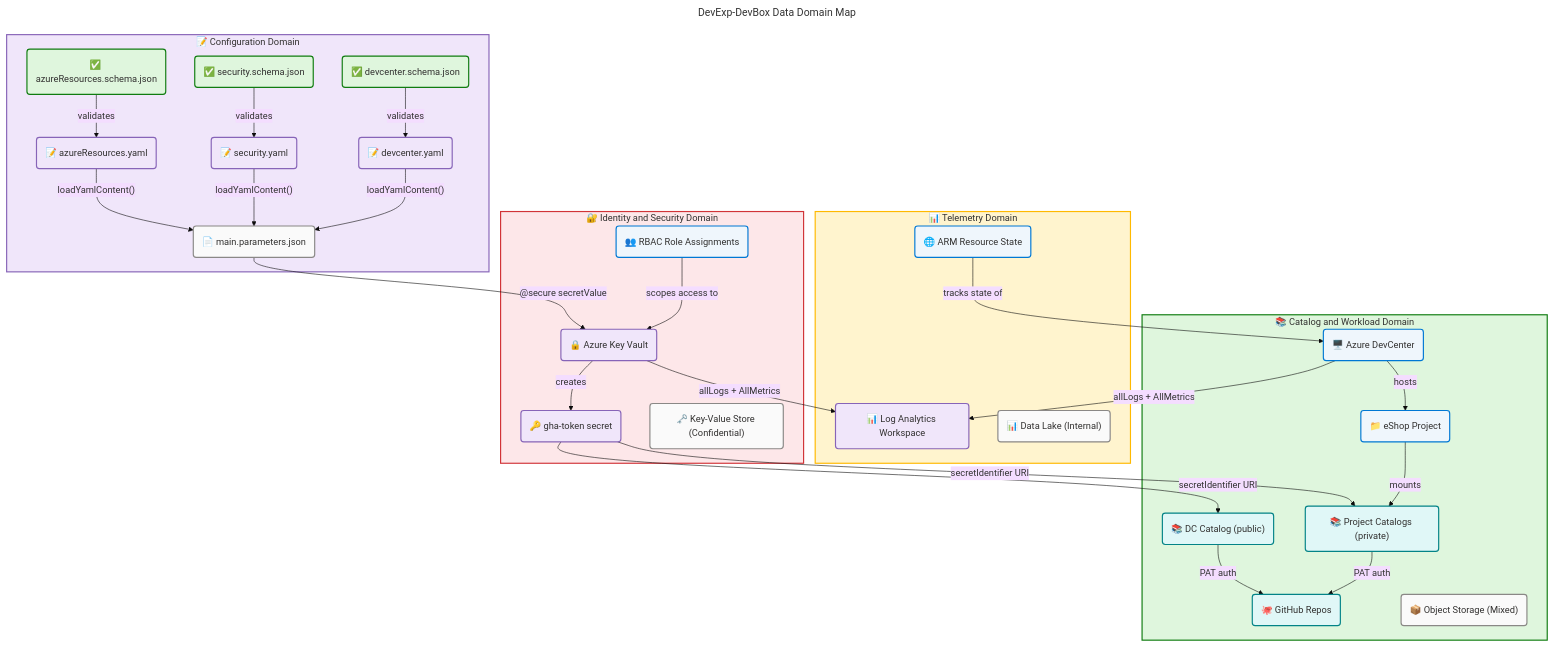
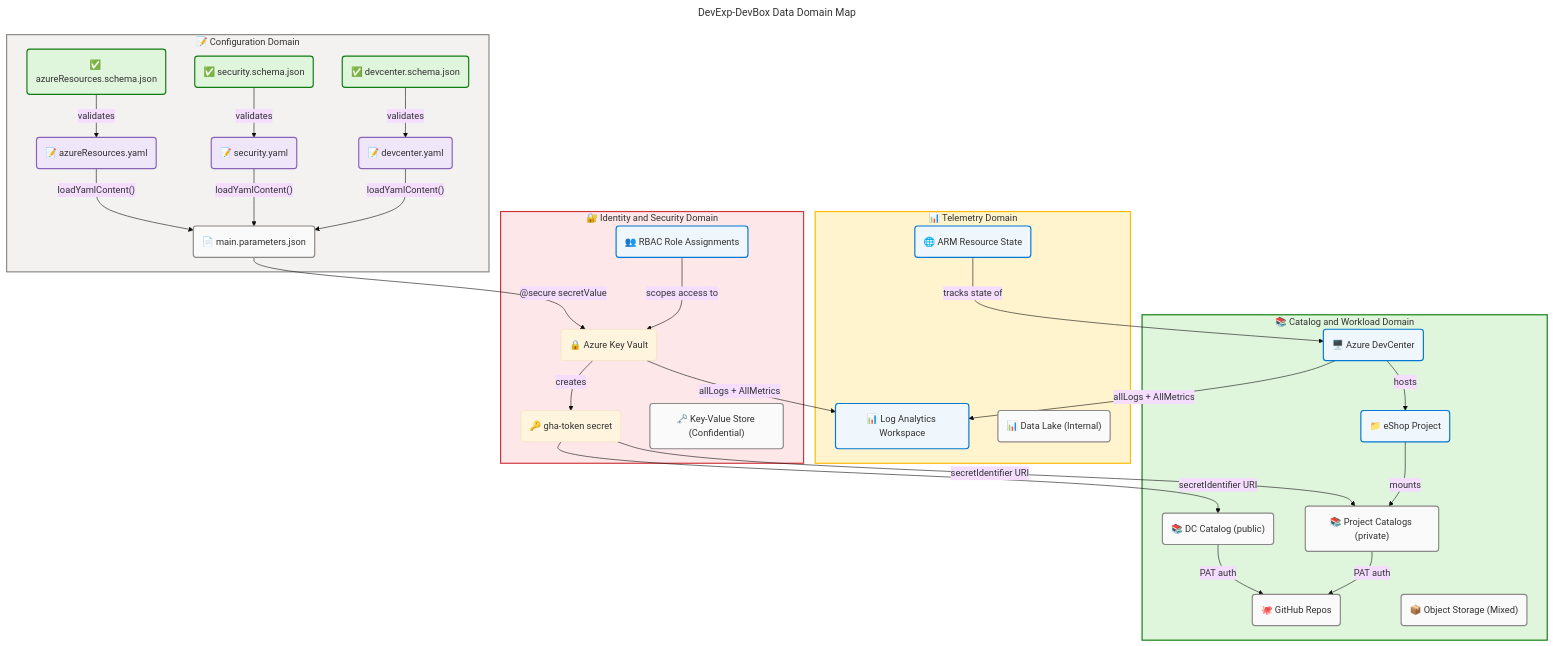
The first of 5 diagrams in docs/architecture/data-architecture.md (Evilazaro/DevExp-DevBox), drawn with Mermaid before and after one commit. The commit also changed 1 other file, not shown here.

Commit message:
refactor: Update Mermaid diagram styles for improved visual consistency in data architecture documentation

```diff
--- a/docs/architecture/data-architecture.md
+++ b/docs/architecture/data-architecture.md
@@ -270,14 +270,14 @@
     end
 
     subgraph securityDomain["🔐 Identity and Security Domain"]
-        kv("🔒 Azure Key Vault"):::data
-        secret("🔑 gha-token secret"):::data
+        kv("🔒 Azure Key Vault"):::warning
+        secret("🔑 gha-token secret"):::warning
         rbac("👥 RBAC Role Assignments"):::core
         kvTier("🗝️ Key-Value Store (Confidential)"):::neutral
     end
 
     subgraph telemetryDomain["📊 Telemetry Domain"]
-        law("📊 Log Analytics Workspace"):::data
+        law("📊 Log Analytics Workspace"):::core
         armState("🌐 ARM Resource State"):::core
         lakeTier("📊 Data Lake (Internal)"):::neutral
     end
@@ -285,9 +285,9 @@
     subgraph catalogDomain["📚 Catalog and Workload Domain"]
         dc("🖥️ Azure DevCenter"):::core
         proj("📁 eShop Project"):::core
-        dcCat("📚 DC Catalog (public)"):::external
-        projCat("📚 Project Catalogs (private)"):::external
-        gitHub("🐙 GitHub Repos"):::external
+        dcCat("📚 DC Catalog (public)"):::neutral
+        projCat("📚 Project Catalogs (private)"):::neutral
+        gitHub("🐙 GitHub Repos"):::neutral
         gitTier("📦 Object Storage (Mixed)"):::neutral
     end
 
@@ -317,8 +317,7 @@
     classDef external fill:#E0F7F7,stroke:#038387,stroke-width:2px,color:#323130
     classDef neutral fill:#FAFAFA,stroke:#8A8886,stroke-width:2px,color:#323130
 
-    %% Subgraph style directives (MRM-C001: functional siblings use distinct semantic colors)
-    style configDomain fill:#F0E6FA,stroke:#8764B8,stroke-width:2px,color:#323130
+    style configDomain fill:#F3F2F1,stroke:#8A8886,stroke-width:2px,color:#323130
     style securityDomain fill:#FDE7E9,stroke:#D13438,stroke-width:2px,color:#323130
     style telemetryDomain fill:#FFF4CE,stroke:#FFB900,stroke-width:2px,color:#323130
     style catalogDomain fill:#DFF6DD,stroke:#107C10,stroke-width:2px,color:#323130
```
